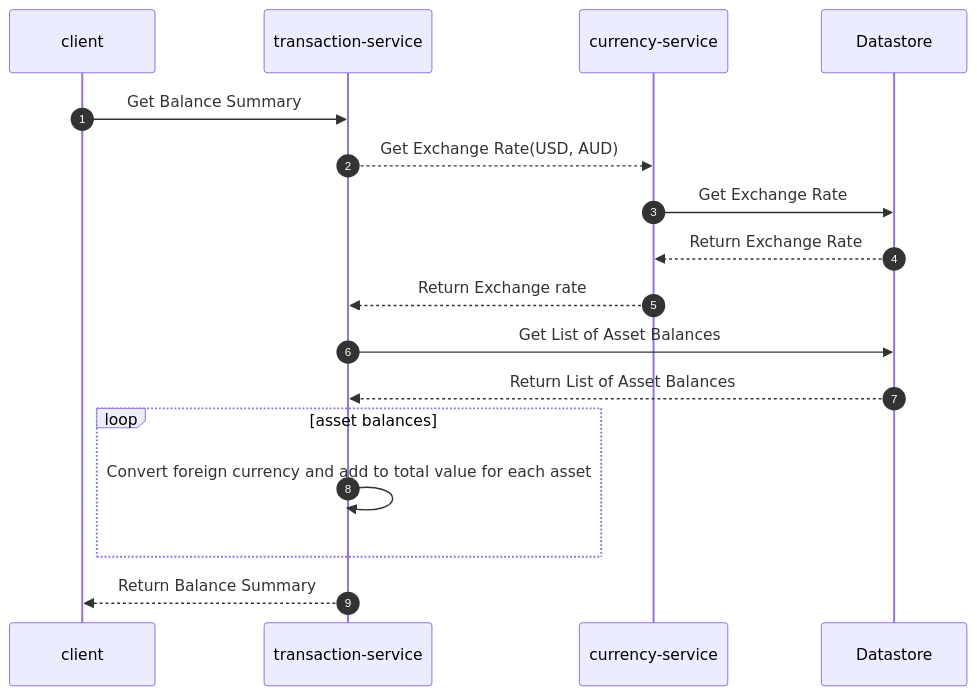
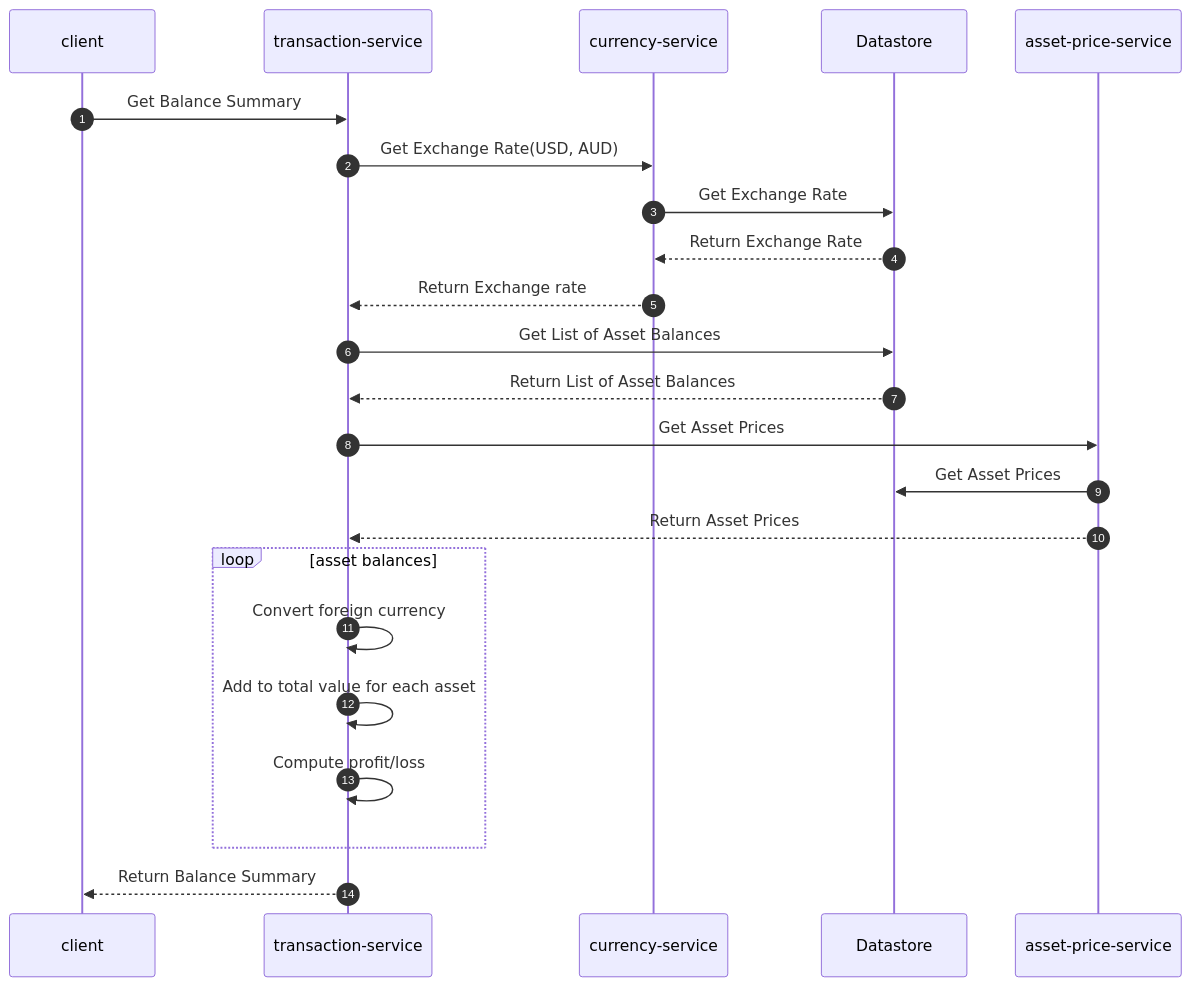
One commit to garcios/asset-trak-portfolio changed the second of 2 diagrams in transaction-service/README.md. Above: the diagram before and after it, drawn with Mermaid. The commit also changed other lines of this file and 4 other files, not shown here.

````diff
--- a/transaction-service/README.md
+++ b/transaction-service/README.md
@@ -103,15 +118,20 @@
 ```mermaid
 sequenceDiagram
     autonumber
     client->>transaction-service: Get Balance Summary
-    transaction-service-->>currency-service: Get Exchange Rate(USD, AUD)
+    transaction-service->>currency-service: Get Exchange Rate(USD, AUD)
     currency-service->>Datastore: Get Exchange Rate
     Datastore-->>currency-service: Return Exchange Rate
     currency-service-->>transaction-service: Return Exchange rate
     transaction-service->>Datastore: Get List of Asset Balances
-    Datastore-->>transaction-service: Return List of Asset Balances 
+    Datastore-->>transaction-service: Return List of Asset Balances
+    transaction-service->>asset-price-service: Get Asset Prices
+    asset-price-service->>Datastore: Get Asset Prices
+    asset-price-service-->>transaction-service: Return Asset Prices
     loop asset balances
-    transaction-service->>transaction-service: Convert foreign currency and add to total value for each asset
+    transaction-service->>transaction-service: Convert foreign currency
+    transaction-service->>transaction-service: Add to total value for each asset
+    transaction-service->>transaction-service: Compute profit/loss
     end
     transaction-service-->>client: Return Balance Summary
 ```
````
